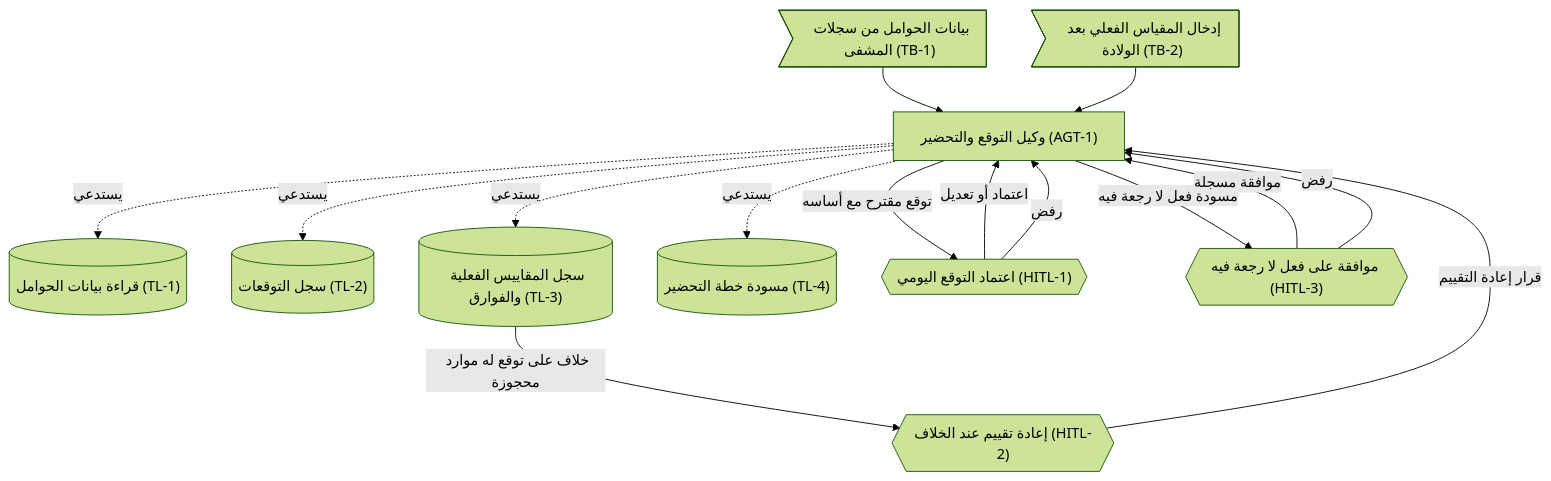
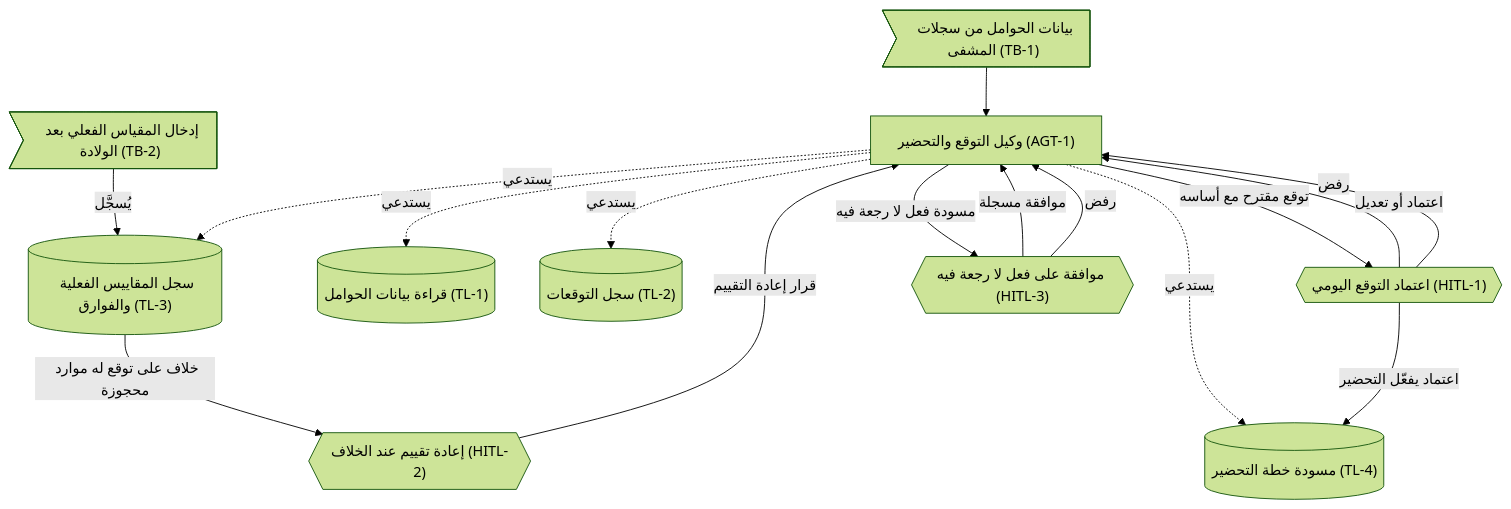
The diagram in AGENTE/AGENTE_s1_graph.mmd (samshalayel/my-office), drawn with Mermaid (forest theme) before and after one commit.

Commit message:
S1 correction: TB-2 routed through TL-3, new edge HITL-1 -> TL-4

```diff
--- a/AGENTE/AGENTE_s1_graph.mmd
+++ b/AGENTE/AGENTE_s1_graph.mmd
@@ -1,15 +1,16 @@
 flowchart TD
   TB1>"بيانات الحوامل من سجلات المشفى (TB-1)"] --> AGT1["وكيل التوقع والتحضير (AGT-1)"]
-  TB2>"إدخال المقياس الفعلي بعد الولادة (TB-2)"] --> AGT1
+  TB2>"إدخال المقياس الفعلي بعد الولادة (TB-2)"] -->|"يُسجَّل"| TL3[("سجل المقاييس الفعلية والفوارق (TL-3)")]
   AGT1 -.->|"يستدعي"| TL1[("قراءة بيانات الحوامل (TL-1)")]
   AGT1 -.->|"يستدعي"| TL2[("سجل التوقعات (TL-2)")]
-  AGT1 -.->|"يستدعي"| TL3[("سجل المقاييس الفعلية والفوارق (TL-3)")]
+  AGT1 -.->|"يستدعي"| TL3
   AGT1 -.->|"يستدعي"| TL4[("مسودة خطة التحضير (TL-4)")]
   AGT1 -->|"توقع مقترح مع أساسه"| HITL1{{"اعتماد التوقع اليومي (HITL-1)"}}
   HITL1 -->|"اعتماد أو تعديل"| AGT1
   HITL1 -->|"رفض"| AGT1
+  HITL1 -->|"اعتماد يفعّل التحضير"| TL4
   TL3 -->|"خلاف على توقع له موارد محجوزة"| HITL2{{"إعادة تقييم عند الخلاف (HITL-2)"}}
   HITL2 -->|"قرار إعادة التقييم"| AGT1
   AGT1 -->|"مسودة فعل لا رجعة فيه"| HITL3{{"موافقة على فعل لا رجعة فيه (HITL-3)"}}
   HITL3 -->|"موافقة مسجلة"| AGT1
   HITL3 -->|"رفض"| AGT1
```
